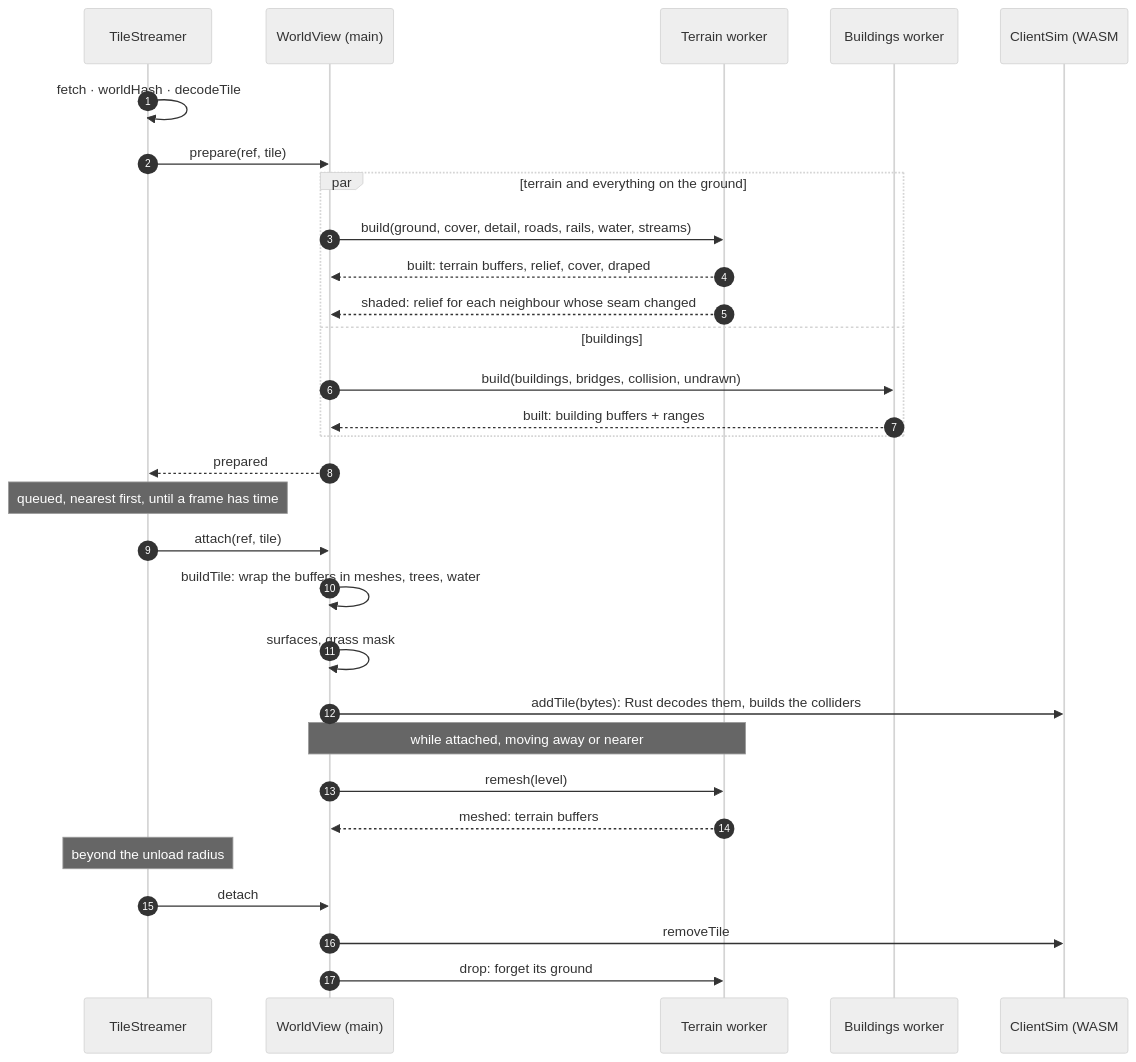
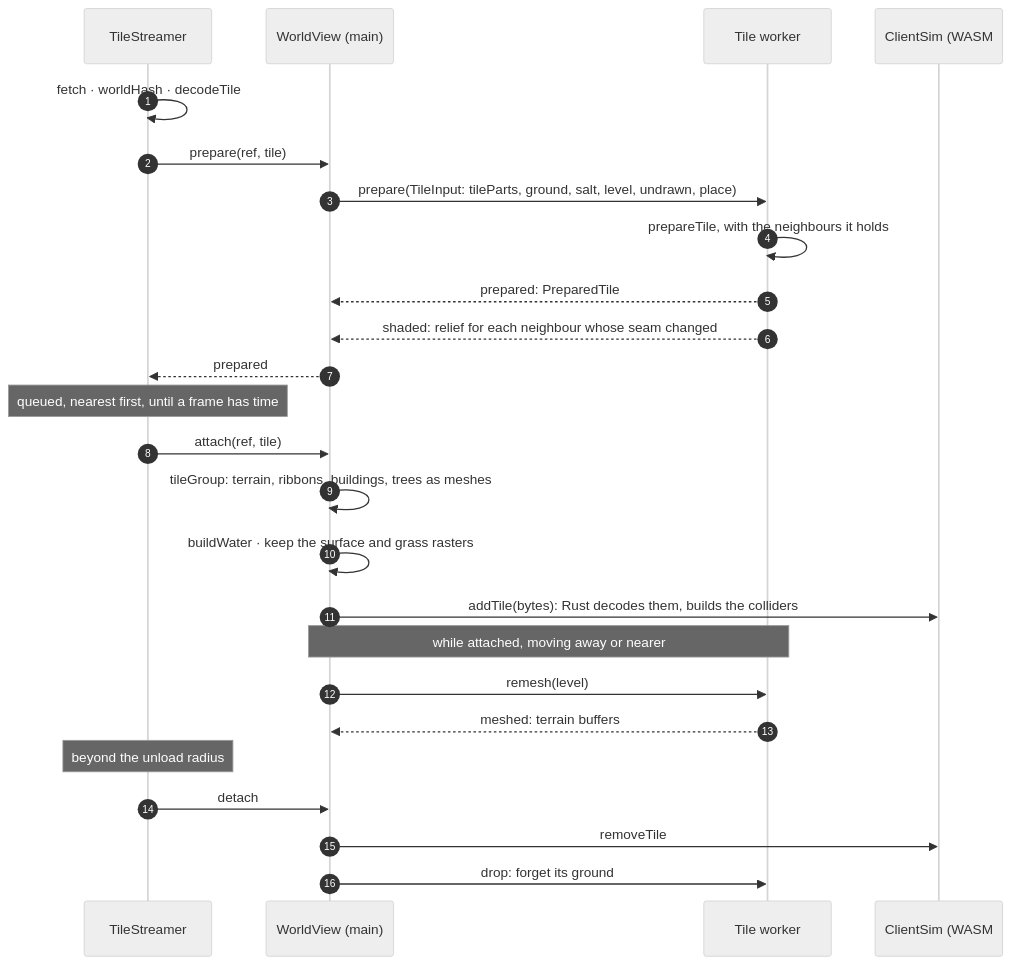
One commit to Vejron/ragnarok changed the second of 4 diagrams in TILE-STREAMING.md. Above: the diagram before and after it, drawn with Mermaid (neutral theme). The commit also changed other lines of this file and 1 other file, not shown here.

First line of the commit message:
docs: tile streaming with one tile worker and prepareTile

````diff
--- a/TILE-STREAMING.md
+++ b/TILE-STREAMING.md
@@ -49,33 +44,28 @@
 ```mermaid
 sequenceDiagram
   autonumber
   participant St as TileStreamer
   participant WV as WorldView (main)
-  participant TW as Terrain worker
-  participant BW as Buildings worker
+  participant TW as Tile worker
   participant Sim as ClientSim (WASM #1)
 
   St->>St: fetch · worldHash · decodeTile
   St->>WV: prepare(ref, tile)
-  par terrain and everything on the ground
-    WV->>TW: build(ground, cover, detail, roads, rails, water, streams)
-    TW-->>WV: built: terrain buffers, relief, cover, draped
-    TW-->>WV: shaded: relief for each neighbour whose seam changed
-  and buildings
-    WV->>BW: build(buildings, bridges, collision, undrawn)
-    BW-->>WV: built: building buffers + ranges
-  end
+  WV->>TW: prepare(TileInput: tileParts, ground, salt, level, undrawn, place)
+  TW->>TW: prepareTile, with the neighbours it holds
+  TW-->>WV: prepared: PreparedTile
+  TW-->>WV: shaded: relief for each neighbour whose seam changed
   WV-->>St: prepared
   Note over St: queued, nearest first, until a frame has time
   St->>WV: attach(ref, tile)
-  WV->>WV: buildTile: wrap the buffers in meshes, trees, water
-  WV->>WV: surfaces, grass mask
+  WV->>WV: tileGroup: terrain, ribbons, buildings, trees as meshes
+  WV->>WV: buildWater · keep the surface and grass rasters
   WV->>Sim: addTile(bytes): Rust decodes them, builds the colliders
   Note over WV,TW: while attached, moving away or nearer
   WV->>TW: remesh(level)
   TW-->>WV: meshed: terrain buffers
   Note over St: beyond the unload radius
   St->>WV: detach
   WV->>Sim: removeTile
   WV->>TW: drop: forget its ground
 ```
````
